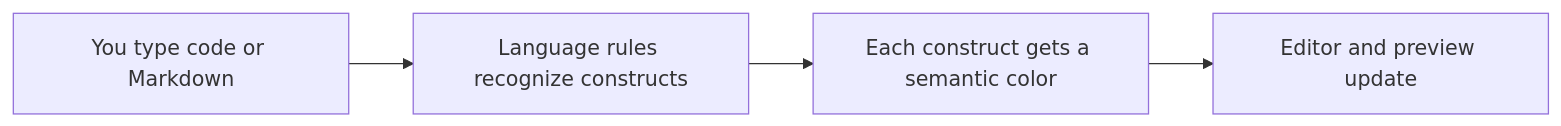
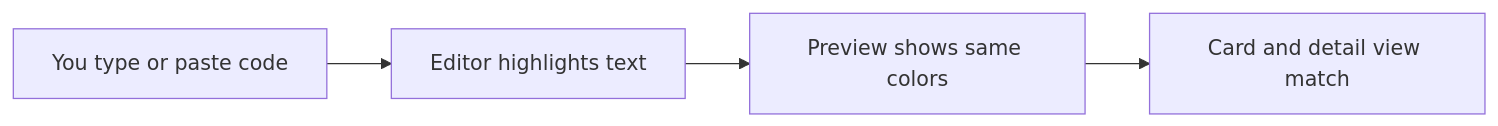
The first of 3 diagrams in api2-documentation/plan_2026-11-02_f8890e/user-facing-docs/syntax-highlighting.md (Mohita111/API2), drawn with Mermaid before and after one commit. The commit also changed other lines of this file and 13 other files, not shown here.

````diff
--- a/api2-documentation/plan_2026-11-02_f8890e/user-facing-docs/syntax-highlighting.md
+++ b/api2-documentation/plan_2026-11-02_f8890e/user-facing-docs/syntax-highlighting.md
@@ -13,6 +18,6 @@
 ```mermaid
 graph LR
-  A[You type code or Markdown] --> B[Language rules recognize constructs]
-  B --> C[Each construct gets a semantic color]
-  C --> D[Editor and preview update]
+    A[You type or paste code] --> B[Editor highlights text]
+    B --> C[Preview shows same colors]
+    C --> D[Card and detail view match]
 ```
````
